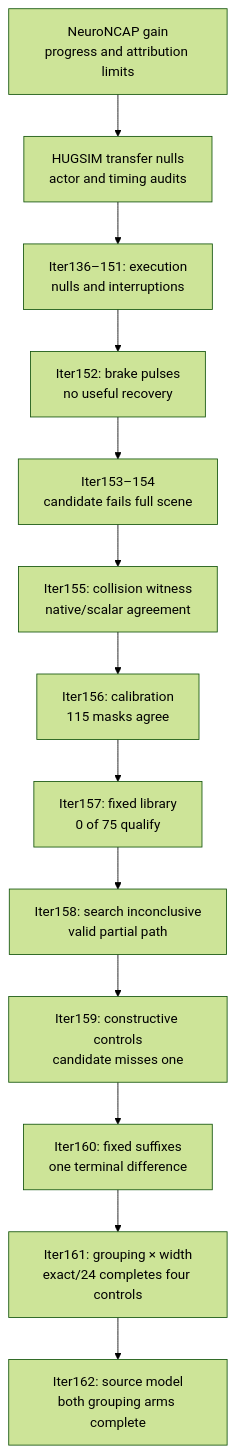
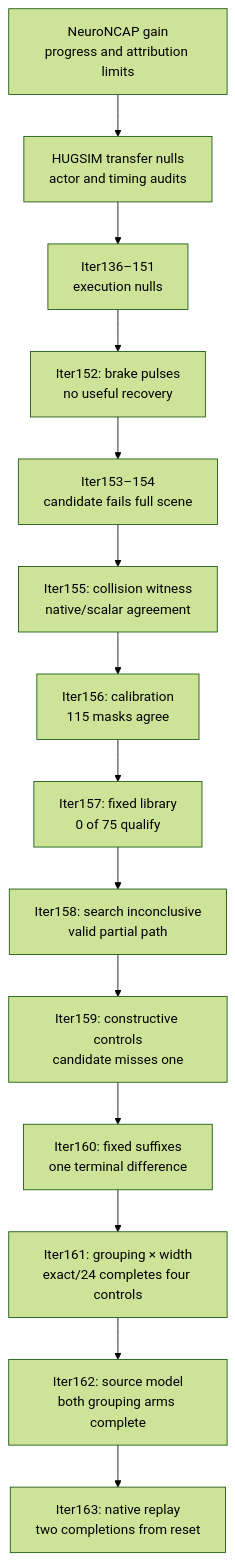
One commit to manfromnowhere143/sentinel changed the second of 3 diagrams in README.md. Above: the diagram before and after it, drawn with Mermaid (forest theme). The commit also changed other lines of this file and 51 other files, not shown here.

First line of the commit message:
Close Iter163 native completion and publish bounded evidence

````diff
--- a/README.md
+++ b/README.md
@@ -227,17 +228,18 @@
 ```mermaid
 flowchart TB
   accTitle: How the evidence changed the research question
-  accDescr: Transfer nulls lead to calibrated constraints and two complete model paths; native recovery is unproved.
+  accDescr: Native completion from reset follows transfer nulls; monitor-time recovery remains unproved.
   N["NeuroNCAP gain<br/>progress and attribution limits"] --> T["HUGSIM transfer nulls<br/>actor and timing audits"]
-  T --> E["Iter136–151: execution<br/>nulls and interruptions"]
+  T --> E["Iter136–151<br/>execution nulls"]
   E --> P["Iter152: brake pulses<br/>no useful recovery"]
   P --> M["Iter153–154<br/>candidate fails full scene"]
   M --> W["Iter155: collision witness<br/>native/scalar agreement"]
   W --> C["Iter156: calibration<br/>115 masks agree"]
   C --> L["Iter157: fixed library<br/>0 of 75 qualify"]
   L --> A["Iter158: search inconclusive<br/>valid partial path"]
   A --> Q["Iter159: constructive controls<br/>candidate misses one"]
   Q --> K["Iter160: fixed suffixes<br/>one terminal difference"]
   K --> G["Iter161: grouping × width<br/>exact/24 completes four controls"]
   G --> S["Iter162: source model<br/>both grouping arms complete"]
+  S --> V["Iter163: native replay<br/>two completions from reset"]
 ```
````
